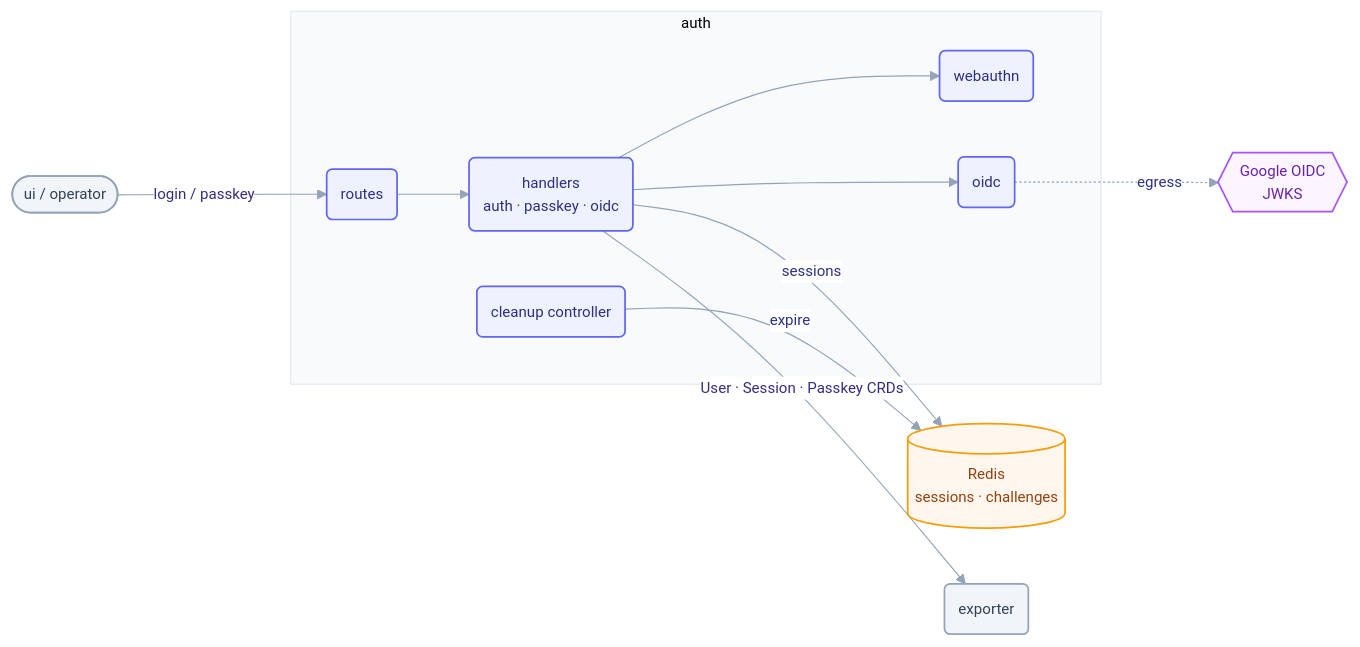
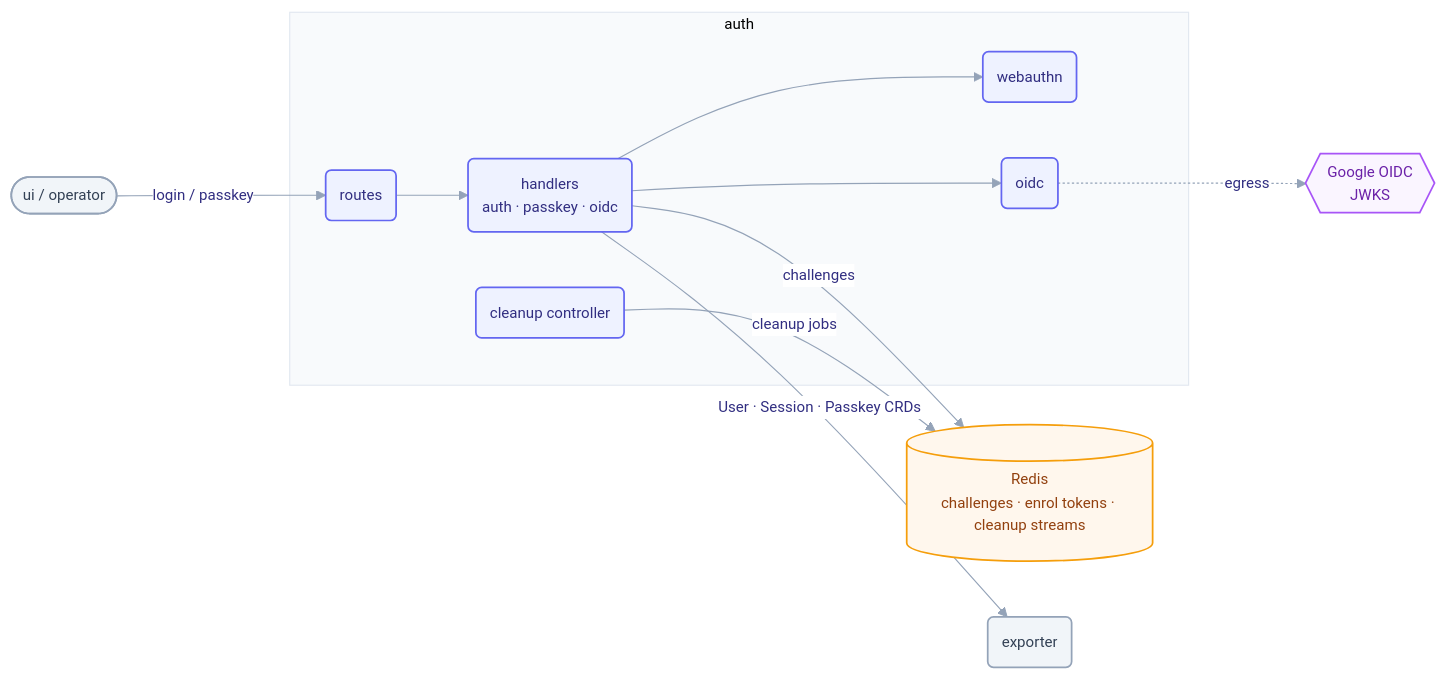
Before and after one commit to telark/telark: the diagram in services/auth/README.md, drawn with Mermaid. The commit also changed other lines of this file and 33 other files, not shown here.

````diff
--- a/services/auth/README.md
+++ b/services/auth/README.md
@@ -11,31 +10,31 @@
 ```mermaid
 %%{init: {"theme":"base","themeVariables":{"fontFamily":"ui-sans-serif, system-ui, -apple-system, Segoe UI, Roboto, sans-serif","fontSize":"13px","lineColor":"#94a3b8","primaryColor":"#eef2ff","primaryBorderColor":"#6366f1","primaryTextColor":"#312e81","edgeLabelBackground":"#ffffff","clusterBkg":"#f8fafc","clusterBorder":"#e2e8f0"},"flowchart":{"curve":"basis","htmlLabels":true,"nodeSpacing":48,"rankSpacing":62,"padding":12}}}%%
 flowchart LR
   UI(["ui / operator"])
 
   subgraph auth["auth"]
     RT(routes) --> H("handlers<br/>auth · passkey · oidc")
     H --> WA(webauthn)
     H --> OI(oidc)
     CL(cleanup controller)
   end
 
-  REDIS[("Redis<br/>sessions · challenges")]
+  REDIS[("Redis<br/>challenges · enrol tokens · cleanup streams")]
   EXP(exporter)
   GOOG{{"Google OIDC<br/>JWKS"}}
 
   UI -->|login / passkey| RT
-  H -->|sessions| REDIS
-  CL -->|expire| REDIS
+  H -->|challenges| REDIS
+  CL -->|cleanup jobs| REDIS
   H -->|User · Session · Passkey CRDs| EXP
   OI -.egress.-> GOOG
 
   classDef svc fill:#eef2ff,stroke:#6366f1,stroke-width:1.5px,color:#312e81;
   classDef peer fill:#f1f5f9,stroke:#94a3b8,stroke-width:1.5px,color:#334155;
   classDef store fill:#fff7ed,stroke:#f59e0b,stroke-width:1.5px,color:#92400e;
   classDef ext fill:#faf5ff,stroke:#a855f7,stroke-width:1.5px,color:#6b21a8;
   class RT,H,WA,OI,CL svc;
   class UI,EXP peer;
   class REDIS store;
   class GOOG ext;
 ```
````
